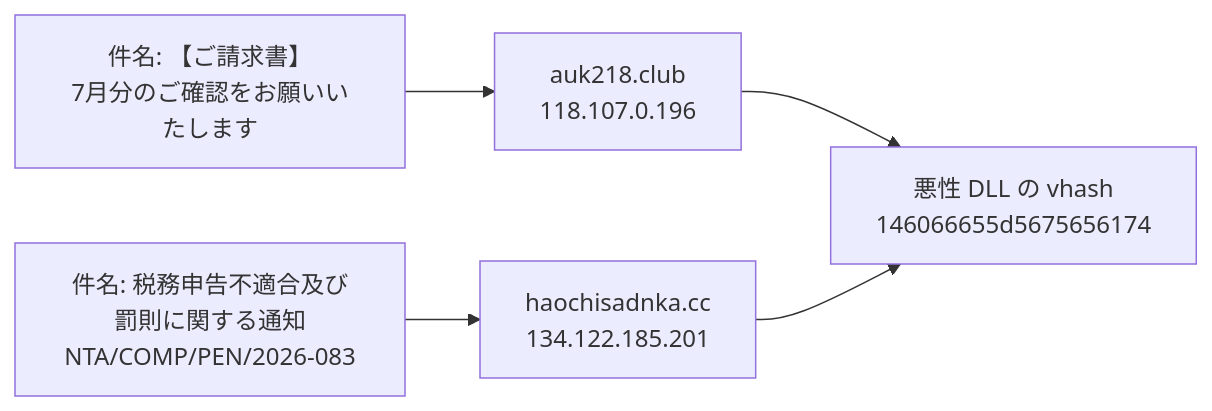
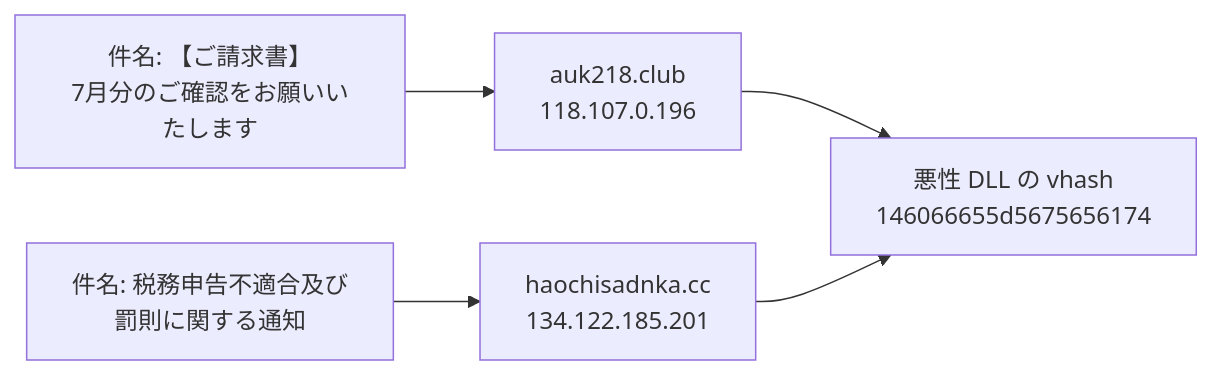
The third of 7 diagrams in reports/weekly/20260815.md (proshiba/research_bench), drawn with Mermaid before and after one commit. The commit also changed other lines of this file, not shown here.

First line of the commit message:
reports: 抜けていた図を足し、登録者の記述を実測に合わせる

````diff
--- a/reports/weekly/20260815.md
+++ b/reports/weekly/20260815.md
@@ -75,7 +75,7 @@
 ```mermaid
 flowchart LR
   M1["件名: 【ご請求書】<br/>7月分のご確認をお願いいたします"] --> D1["auk218.club<br/>118.107.0.196"]
-  M2["件名: 税務申告不適合及び罰則に関する通知<br/>NTA/COMP/PEN/2026-083"] --> D2["haochisadnka.cc<br/>134.122.185.201"]
+  M2["件名: 税務申告不適合及び<br/>罰則に関する通知"] --> D2["haochisadnka.cc<br/>134.122.185.201"]
   D1 --> V["悪性 DLL の vhash<br/>146066655d5675656174"]
   D2 --> V
 ```
````
